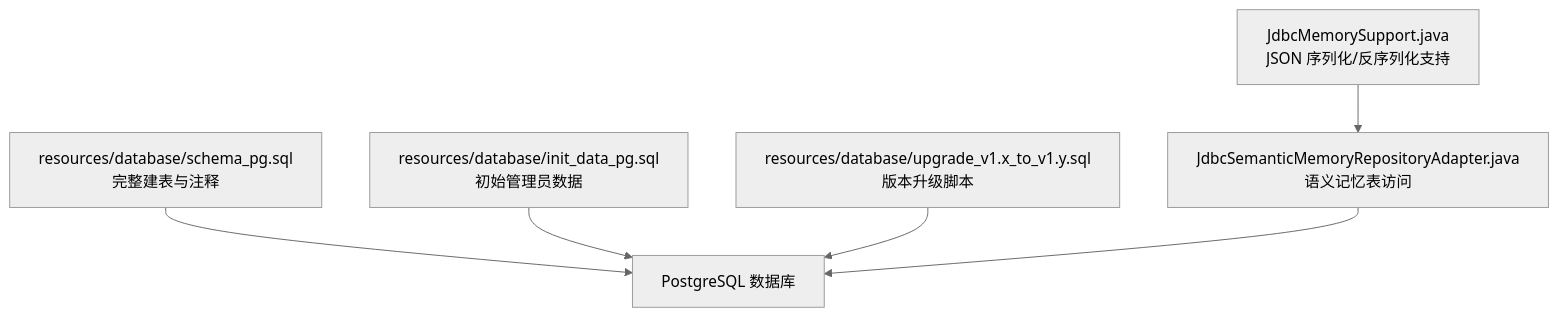
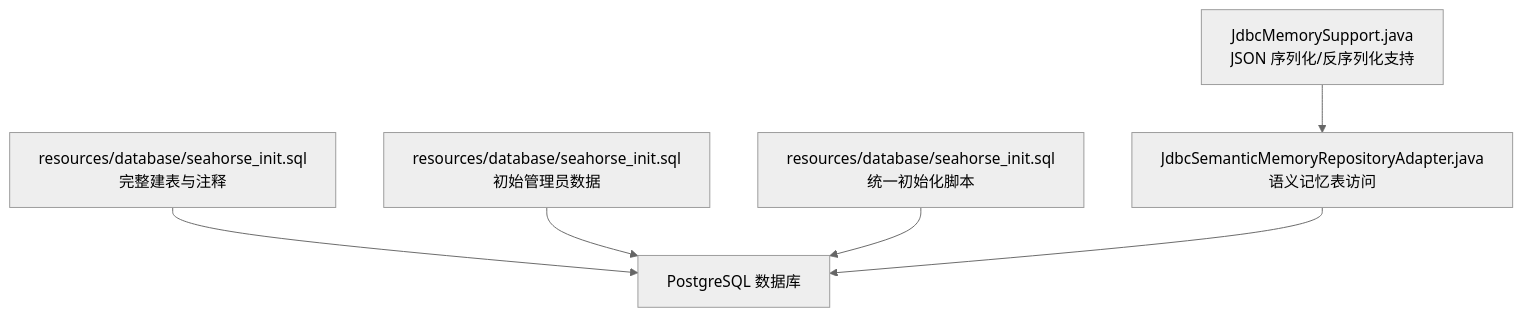
One commit to onceMisery/seahorse-agent changed the first of 3 diagrams in docs/zh/content/数据库设计/表结构设计/表结构设计.md. Above: the diagram before and after it, drawn with Mermaid (neutral theme). The commit also changed other lines of this file and 31 other files, not shown here.

First line of the commit message:
refactor: merge all DDL into seahorse_init.sql, delete redundant scripts

````diff
--- a/docs/zh/content/数据库设计/表结构设计/表结构设计.md
+++ b/docs/zh/content/数据库设计/表结构设计/表结构设计.md
@@ -41,8 +41,8 @@
 ```mermaid
 graph TB
-A["resources/database/schema_pg.sql<br/>完整建表与注释"] --> B["PostgreSQL 数据库"]
-C["resources/database/init_data_pg.sql<br/>初始管理员数据"] --> B
-D["resources/database/upgrade_v1.x_to_v1.y.sql<br/>版本升级脚本"] --> B
+A["resources/database/seahorse_init.sql<br/>完整建表与注释"] --> B["PostgreSQL 数据库"]
+C["resources/database/seahorse_init.sql<br/>初始管理员数据"] --> B
+D["resources/database/seahorse_init.sql<br/>统一初始化脚本"] --> B
 E["JdbcSemanticMemoryRepositoryAdapter.java<br/>语义记忆表访问"] --> B
 F["JdbcMemorySupport.java<br/>JSON 序列化/反序列化支持"] --> E
 ```
````
